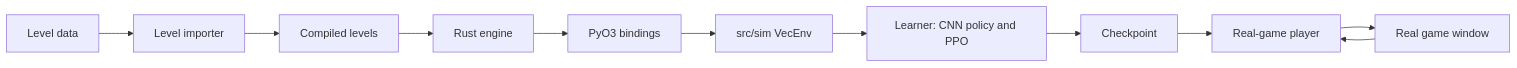
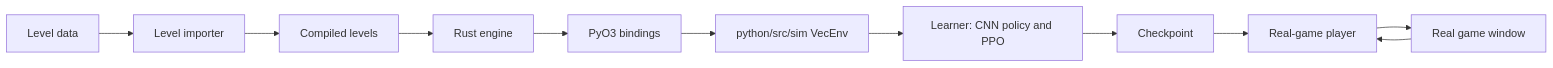
One commit to MeyerTalon/geo-dash-rl changed the diagram in docs/system-architecture.md. Above: the diagram before and after it, drawn with Mermaid. The commit also changed other lines of this file and 55 other files, not shown here.

````diff
--- a/docs/system-architecture.md
+++ b/docs/system-architecture.md
@@ -17,13 +17,13 @@
 ```mermaid
 flowchart LR
     levels[Level data] --> importer[Level importer]
     importer --> compiled[Compiled levels]
     compiled --> engine[Rust engine]
     engine --> bindings[PyO3 bindings]
-    bindings --> sim[src/sim VecEnv]
+    bindings --> sim[python/src/sim VecEnv]
     sim --> learner[Learner: CNN policy and PPO]
     learner --> checkpoint[Checkpoint]
     checkpoint --> player[Real-game player]
     game[Real game window] --> player
     player --> game
 ```
````
